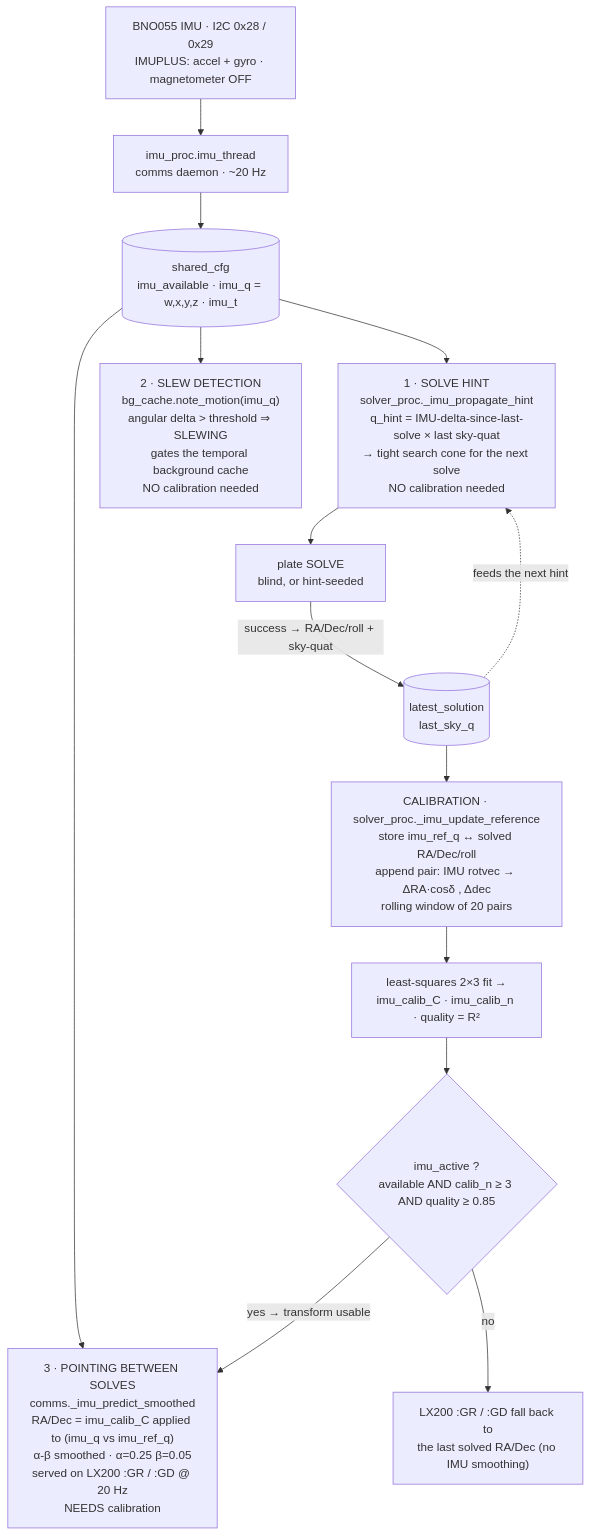
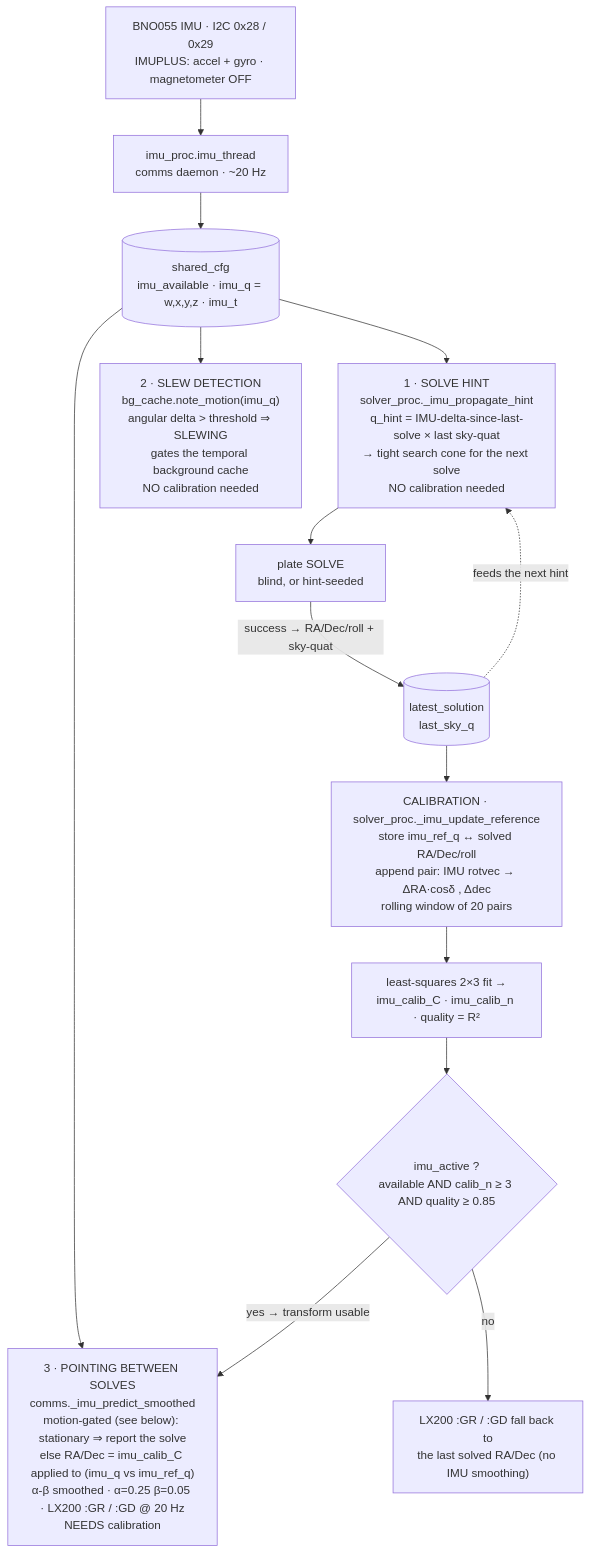
The first of 2 diagrams in docs/imu.md (mconsidine/diofinder), drawn with Mermaid before and after one commit. The commit also changed other lines of this file and 4 other files, not shown here.

First line of the commit message:
comms: motion-gate the IMU pointing prediction (stationary scope = report solve) (v0.11.9) (#90)

````diff
--- a/docs/imu.md
+++ b/docs/imu.md
@@ -19,20 +19,20 @@
 ```mermaid
 flowchart TD
     BNO["BNO055 IMU · I2C 0x28 / 0x29<br/>IMUPLUS: accel + gyro · magnetometer OFF"]
     BNO --> THR["imu_proc.imu_thread<br/>comms daemon · ~20 Hz"]
     THR --> SC[("shared_cfg<br/>imu_available · imu_q = w,x,y,z · imu_t")]
 
     SC --> C1["1 · SOLVE HINT<br/>solver_proc._imu_propagate_hint<br/>q_hint = IMU-delta-since-last-solve × last sky-quat<br/>→ tight search cone for the next solve<br/>NO calibration needed"]
     SC --> C2["2 · SLEW DETECTION<br/>bg_cache.note_motion(imu_q)<br/>angular delta > threshold ⇒ SLEWING<br/>gates the temporal background cache<br/>NO calibration needed"]
-    SC --> C3["3 · POINTING BETWEEN SOLVES<br/>comms._imu_predict_smoothed<br/>RA/Dec = imu_calib_C applied to (imu_q vs imu_ref_q)<br/>α-β smoothed · α=0.25 β=0.05<br/>served on LX200 :GR / :GD @ 20 Hz<br/>NEEDS calibration"]
+    SC --> C3["3 · POINTING BETWEEN SOLVES<br/>comms._imu_predict_smoothed<br/>motion-gated (see below): stationary ⇒ report the solve<br/>else RA/Dec = imu_calib_C applied to (imu_q vs imu_ref_q)<br/>α-β smoothed · α=0.25 β=0.05 · LX200 :GR / :GD @ 20 Hz<br/>NEEDS calibration"]
 
     C1 --> SOL["plate SOLVE<br/>blind, or hint-seeded"]
     SOL -->|"success → RA/Dec/roll + sky-quat"| OK[("latest_solution<br/>last_sky_q")]
     OK -.->|"feeds the next hint"| C1
 
     OK --> REF["CALIBRATION · solver_proc._imu_update_reference<br/>store imu_ref_q ↔ solved RA/Dec/roll<br/>append pair: IMU rotvec → ΔRA·cosδ , Δdec<br/>rolling window of 20 pairs"]
     REF --> FIT["least-squares 2×3 fit →<br/>imu_calib_C · imu_calib_n · quality = R²"]
     FIT --> GATE{"imu_active ?<br/>available AND calib_n ≥ 3 AND quality ≥ 0.85"}
     GATE -->|"yes → transform usable"| C3
     GATE -->|"no"| FB["LX200 :GR / :GD fall back to<br/>the last solved RA/Dec (no IMU smoothing)"]
 ```
````
